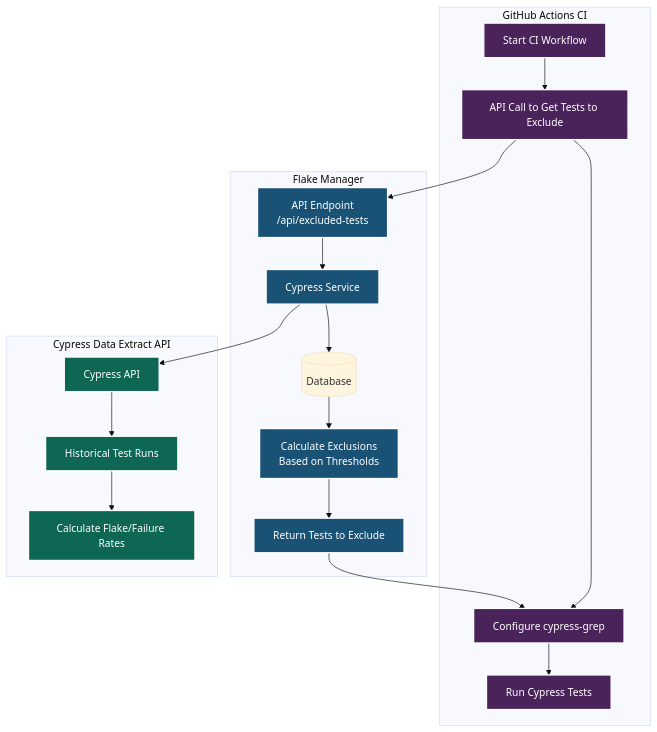
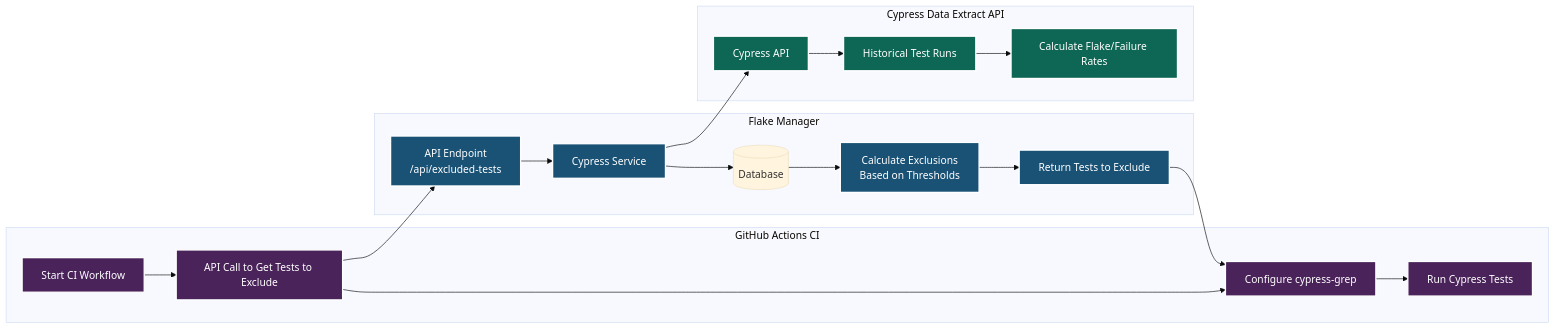
Before and after one commit to malinmalliyawadu/FlakeManager: the first of 2 diagrams in docs/flake-manager-workflow.md, drawn with Mermaid (base theme). The commit also changed other lines of this file, not shown here.

Commit message:
Update flake-manager workflow diagrams to use left-to-right orientation
- Changed flowchart orientation from top-to-bottom to left-to-right for better readability.
- Ensured consistency in diagram layout across different sections of the documentation.

````diff
--- a/docs/flake-manager-workflow.md
+++ b/docs/flake-manager-workflow.md
@@ -7,51 +7,51 @@
 ```mermaid
-flowchart TB
+flowchart LR
     %% GitHub Actions CI process
     subgraph "GitHub Actions CI"
         start[Start CI Workflow]
         getExclusions[API Call to Get Tests to Exclude]
         configGrep[Configure cypress-grep]
         runTests[Run Cypress Tests]
 
         start --> getExclusions
         getExclusions --> configGrep
         configGrep --> runTests
     end
 
     %% Flake Manager application
     subgraph "Flake Manager"
         api[API Endpoint\n/api/excluded-tests]
         service[Cypress Service]
         db[(Database)]
         calc[Calculate Exclusions\nBased on Thresholds]
 
         api --> service
         service --> db
         db --> calc
         calc --> response[Return Tests to Exclude]
     end
 
     %% Cypress Data Extract API
     subgraph "Cypress Data Extract API"
         cypressAPI[Cypress API]
         testHistory[Historical Test Runs]
         flakeAnalysis[Calculate Flake/Failure Rates]
 
         cypressAPI --> testHistory
         testHistory --> flakeAnalysis
     end
 
     %% Flow between systems
     getExclusions --> api
     response --> configGrep
     service --> cypressAPI
 
     %% Styling - adjusted for dark mode readability
     classDef ghactions fill:#4a235a,stroke:#ffffff,stroke-width:2px,color:#ffffff
     classDef flakemanager fill:#1a5276,stroke:#ffffff,stroke-width:2px,color:#ffffff
     classDef cypress fill:#0e6655,stroke:#ffffff,stroke-width:2px,color:#ffffff
 
     class start,getExclusions,configGrep,runTests ghactions
     class api,service,calc,response flakemanager
     class cypressAPI,testHistory,flakeAnalysis cypress
 ```
````
